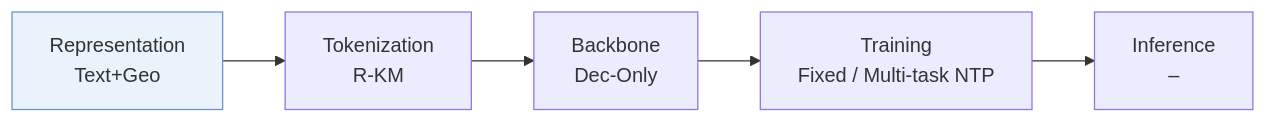
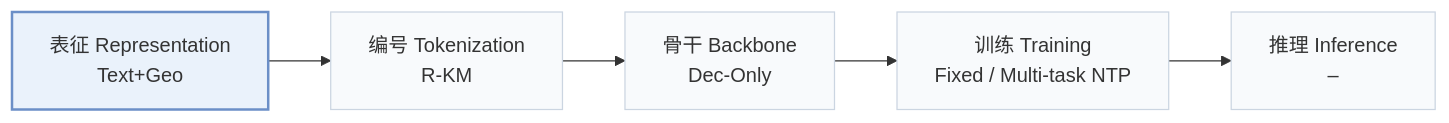
Before and after one commit to Galaxy-ghost/Awesome-SID-Generative-Rec: the first of 2 diagrams in pages/zh/papers/spar.md, drawn with Mermaid. The commit also changed other lines of this file and 649 other files, not shown here.

Commit message:
writer-05: also tags and modality index (schema, check, build, visuals); summary field removed; calibration data for 12 papers

````diff
--- a/pages/zh/papers/spar.md
+++ b/pages/zh/papers/spar.md
@@ -13,6 +15,8 @@
 ```mermaid
 flowchart LR
-    R["Representation<br/>Text+Geo"] --> T["Tokenization<br/>R-KM"] --> B["Backbone<br/>Dec-Only"] --> TR["Training<br/>Fixed / Multi-task NTP"] --> I["Inference<br/>–"]
-    classDef main fill:#eaf2fb,stroke:#6b8fc7
+    R["表征 Representation<br/>Text+Geo"] --> T["编号 Tokenization<br/>R-KM"] --> B["骨干 Backbone<br/>Dec-Only"] --> TR["训练 Training<br/>Fixed / Multi-task NTP"] --> I["推理 Inference<br/>–"]
+    classDef base fill:#f8fafc,stroke:#cbd5e1
+    class R,T,B,TR,I base
+    classDef main fill:#eaf2fb,stroke:#6b8fc7,stroke-width:2px
     class R main
 ```
````
